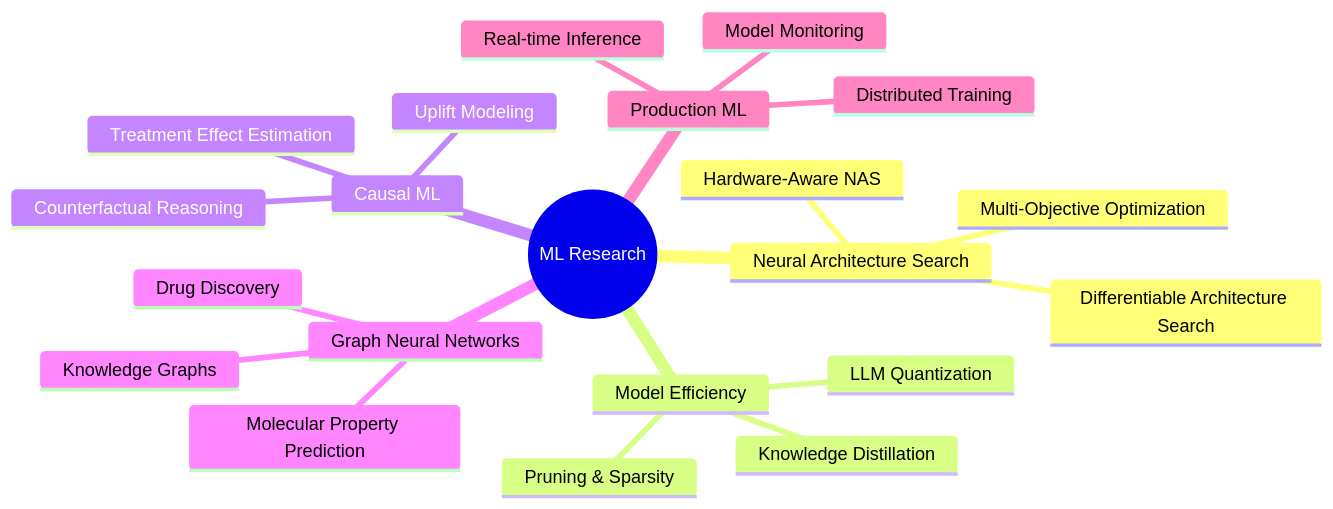
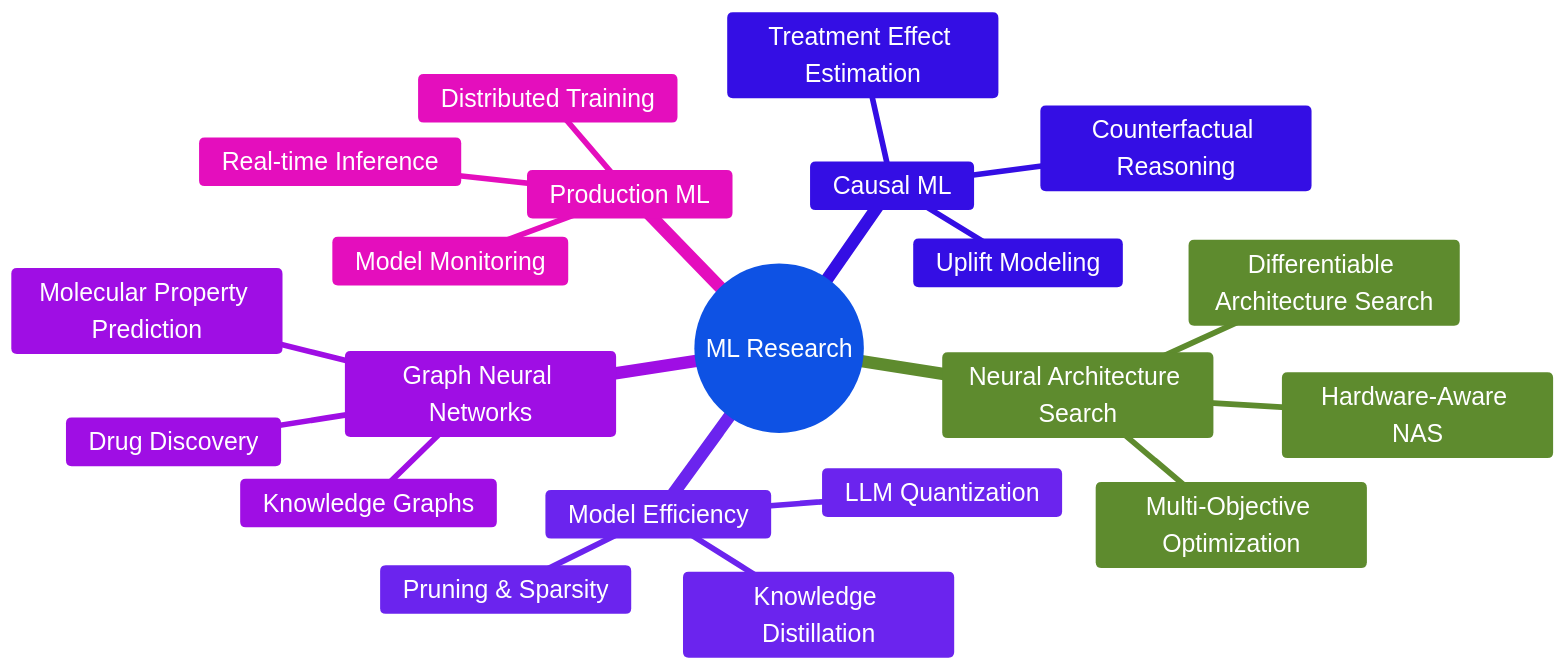
Before and after one commit to BhargavKumarNath/BhargavKumarNath: the diagram in README.md, drawn with Mermaid.

Commit message:
ui changes

````diff
--- a/README.md
+++ b/README.md
@@ -540,24 +540,36 @@
 ```mermaid
+%%{init: {
+  "theme": "base",
+  "themeVariables": {
+    "primaryColor": "#7aa2f7",
+    "primaryTextColor": "#ffffff",
+    "primaryBorderColor": "#7dcfff",
+    "lineColor": "#e0af68",
+    "secondaryColor": "#9ece6a",
+    "tertiaryColor": "#bb9af7",
+    "fontSize": "22px"
+  }
+}}%%
 mindmap
   root((ML Research))
     Neural Architecture Search
       Hardware-Aware NAS
       Differentiable Architecture Search
       Multi-Objective Optimization
     Model Efficiency
       LLM Quantization
       Knowledge Distillation
       Pruning & Sparsity
     Causal ML
       Uplift Modeling
       Treatment Effect Estimation
       Counterfactual Reasoning
     Graph Neural Networks
       Molecular Property Prediction
       Drug Discovery
       Knowledge Graphs
     Production ML
       Real-time Inference
       Distributed Training
       Model Monitoring
 ```
````
